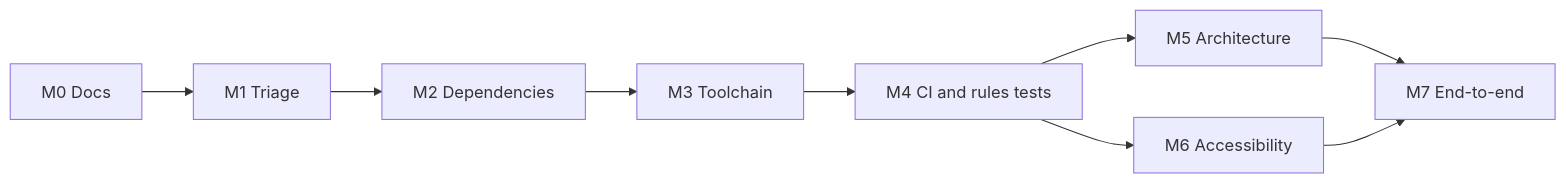
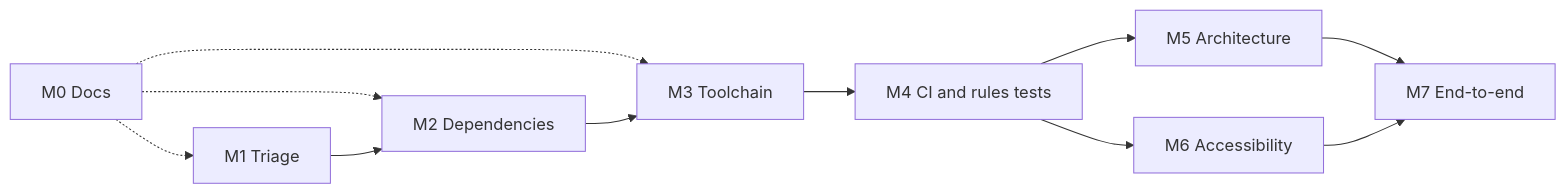
One commit to SDS37/firestore-angular-example changed the diagram in docs/roadmap.md. Above: the diagram before and after it, drawn with Mermaid. The commit also changed other lines of this file and 1 other file, not shown here.

Commit message:
docs: link #57 explicitly and show M0 as parallel in the roadmap

````diff
--- a/docs/roadmap.md
+++ b/docs/roadmap.md
@@ -18,11 +18,13 @@
 ```mermaid
 flowchart LR
-  m0["M0 Docs"] --> m1["M1 Triage"]
+  m0["M0 Docs"] -.-> m1["M1 Triage"]
+  m0 -.-> m2
+  m0 -.-> m3
   m1 --> m2["M2 Dependencies"]
   m2 --> m3["M3 Toolchain"]
   m3 --> m4["M4 CI and rules tests"]
   m4 --> m5["M5 Architecture"]
   m4 --> m6["M6 Accessibility"]
   m5 --> m7["M7 End-to-end"]
   m6 --> m7
 ```
````
